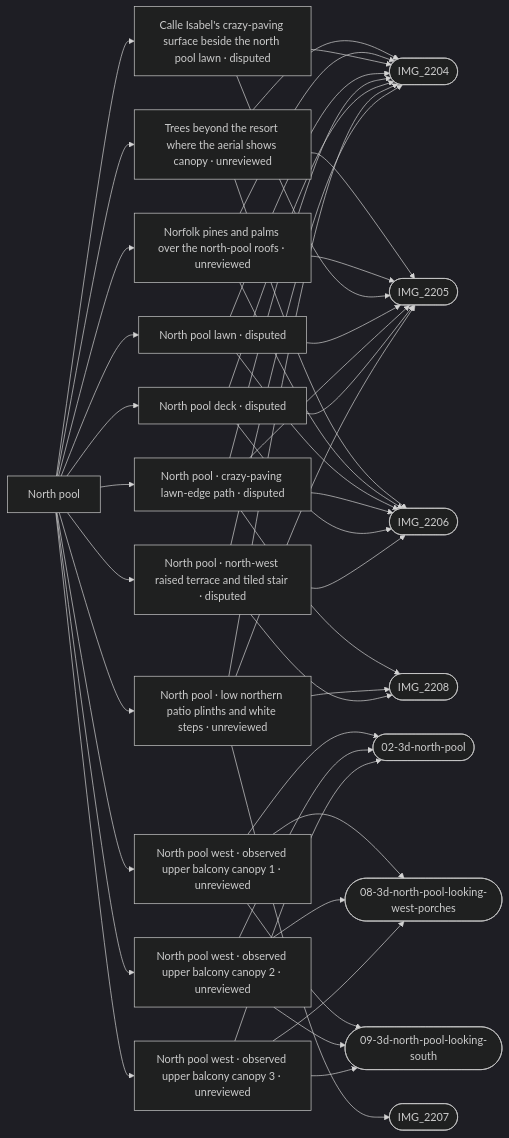
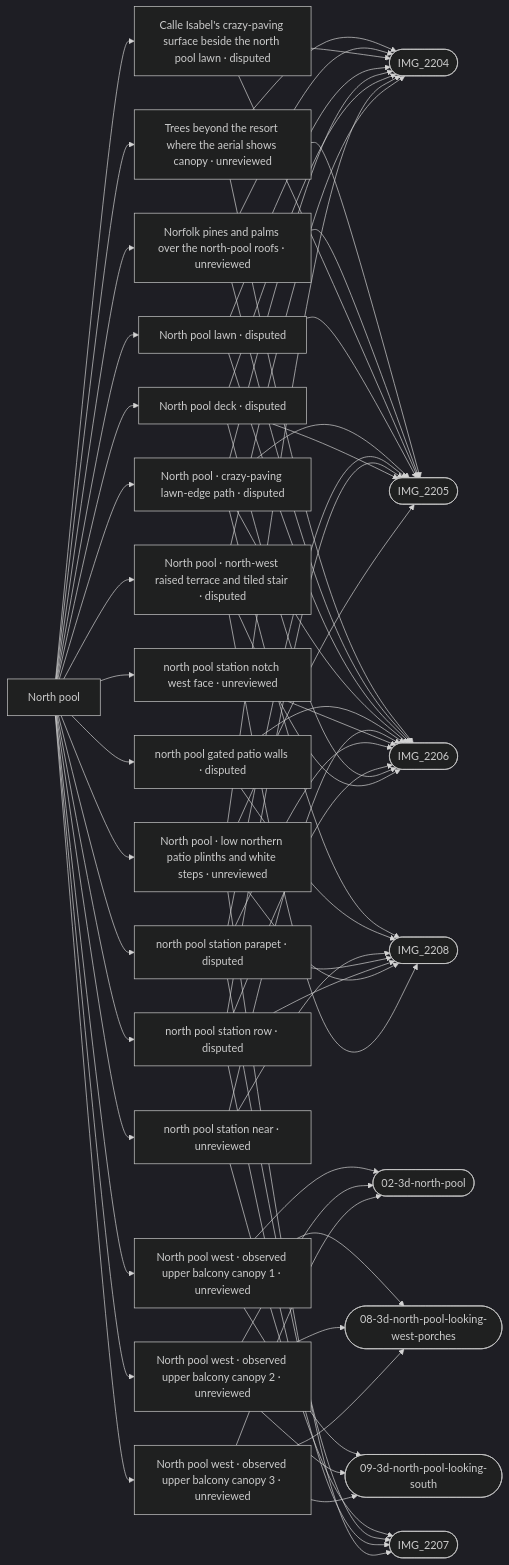
The diagram in refs/areas/north-pool.md (daveyboyc/villacana-venture), drawn with Mermaid (dark theme) before and after one commit. The commit also changed other lines of this file and 39 other files, not shown here.

First line of the commit message:
North pool station foreground: plain fronts, measured parapet, bare patio walls

````diff
--- a/refs/areas/north-pool.md
+++ b/refs/areas/north-pool.md
@@ -65,49 +67,68 @@
 ```mermaid
 graph LR
   A["North pool"]
   A --> F0["Trees beyond the resort where the aerial shows canopy · unreviewed"]
   F0 --> PIMG_2204_jpg(["IMG_2204"])
   F0 --> PIMG_2205_jpg(["IMG_2205"])
   F0 --> PIMG_2206_jpg(["IMG_2206"])
   A --> F1["Norfolk pines and palms over the north-pool roofs · unreviewed"]
   F1 --> PIMG_2204_jpg(["IMG_2204"])
   F1 --> PIMG_2205_jpg(["IMG_2205"])
   F1 --> PIMG_2206_jpg(["IMG_2206"])
   A --> F2["Calle Isabel's crazy-paving surface beside the north pool lawn · disputed"]
   F2 --> PIMG_2204_jpg(["IMG_2204"])
   F2 --> PIMG_2205_jpg(["IMG_2205"])
   A --> F3["North pool lawn · disputed"]
   F3 --> PIMG_2204_jpg(["IMG_2204"])
   F3 --> PIMG_2205_jpg(["IMG_2205"])
   F3 --> PIMG_2206_jpg(["IMG_2206"])
   A --> F4["North pool · crazy-paving lawn-edge path · disputed"]
   F4 --> PIMG_2204_jpg(["IMG_2204"])
   F4 --> PIMG_2205_jpg(["IMG_2205"])
   F4 --> PIMG_2206_jpg(["IMG_2206"])
   F4 --> PIMG_2208_jpg(["IMG_2208"])
   A --> F5["North pool west · observed upper balcony canopy 1 · unreviewed"]
   F5 --> Pref_apple_maps_02_3d_north_pool_png(["02-3d-north-pool"])
   F5 --> Pref_apple_maps_08_3d_north_pool_looking_west_porches_png(["08-3d-north-pool-looking-west-porches"])
   F5 --> Pref_apple_maps_09_3d_north_pool_looking_south_png(["09-3d-north-pool-looking-south"])
   A --> F6["North pool west · observed upper balcony canopy 2 · unreviewed"]
   F6 --> Pref_apple_maps_02_3d_north_pool_png(["02-3d-north-pool"])
   F6 --> Pref_apple_maps_08_3d_north_pool_looking_west_porches_png(["08-3d-north-pool-looking-west-porches"])
   F6 --> Pref_apple_maps_09_3d_north_pool_looking_south_png(["09-3d-north-pool-looking-south"])
   A --> F7["North pool west · observed upper balcony canopy 3 · unreviewed"]
   F7 --> Pref_apple_maps_02_3d_north_pool_png(["02-3d-north-pool"])
   F7 --> Pref_apple_maps_08_3d_north_pool_looking_west_porches_png(["08-3d-north-pool-looking-west-porches"])
   F7 --> Pref_apple_maps_09_3d_north_pool_looking_south_png(["09-3d-north-pool-looking-south"])
-  A --> F8["North pool deck · disputed"]
-  F8 --> PIMG_2204_jpg(["IMG_2204"])
-  F8 --> PIMG_2205_jpg(["IMG_2205"])
+  A --> F8["north pool gated patio walls · disputed"]
   F8 --> PIMG_2206_jpg(["IMG_2206"])
-  A --> F9["North pool · low northern patio plinths and white steps · unreviewed"]
-  F9 --> PIMG_2204_jpg(["IMG_2204"])
-  F9 --> PIMG_2205_jpg(["IMG_2205"])
+  F8 --> PIMG_2208_jpg(["IMG_2208"])
+  A --> F9["north pool station near · unreviewed"]
+  F9 --> PIMG_2206_jpg(["IMG_2206"])
   F9 --> PIMG_2207_jpg(["IMG_2207"])
   F9 --> PIMG_2208_jpg(["IMG_2208"])
-  A --> F10["North pool · north-west raised terrace and tiled stair · disputed"]
-  F10 --> PIMG_2204_jpg(["IMG_2204"])
+  A --> F10["north pool station notch west face · unreviewed"]
   F10 --> PIMG_2206_jpg(["IMG_2206"])
-  F10 --> PIMG_2208_jpg(["IMG_2208"])
+  A --> F11["north pool station parapet · disputed"]
+  F11 --> PIMG_2205_jpg(["IMG_2205"])
+  F11 --> PIMG_2206_jpg(["IMG_2206"])
+  F11 --> PIMG_2207_jpg(["IMG_2207"])
+  F11 --> PIMG_2208_jpg(["IMG_2208"])
+  A --> F12["north pool station row · disputed"]
+  F12 --> PIMG_2205_jpg(["IMG_2205"])
+  F12 --> PIMG_2206_jpg(["IMG_2206"])
+  F12 --> PIMG_2207_jpg(["IMG_2207"])
+  F12 --> PIMG_2208_jpg(["IMG_2208"])
+  A --> F13["North pool deck · disputed"]
+  F13 --> PIMG_2204_jpg(["IMG_2204"])
+  F13 --> PIMG_2205_jpg(["IMG_2205"])
+  F13 --> PIMG_2206_jpg(["IMG_2206"])
+  A --> F14["North pool · low northern patio plinths and white steps · unreviewed"]
+  F14 --> PIMG_2204_jpg(["IMG_2204"])
+  F14 --> PIMG_2205_jpg(["IMG_2205"])
+  F14 --> PIMG_2207_jpg(["IMG_2207"])
+  F14 --> PIMG_2208_jpg(["IMG_2208"])
+  A --> F15["North pool · north-west raised terrace and tiled stair · disputed"]
+  F15 --> PIMG_2204_jpg(["IMG_2204"])
+  F15 --> PIMG_2206_jpg(["IMG_2206"])
+  F15 --> PIMG_2208_jpg(["IMG_2208"])
 ```
````
